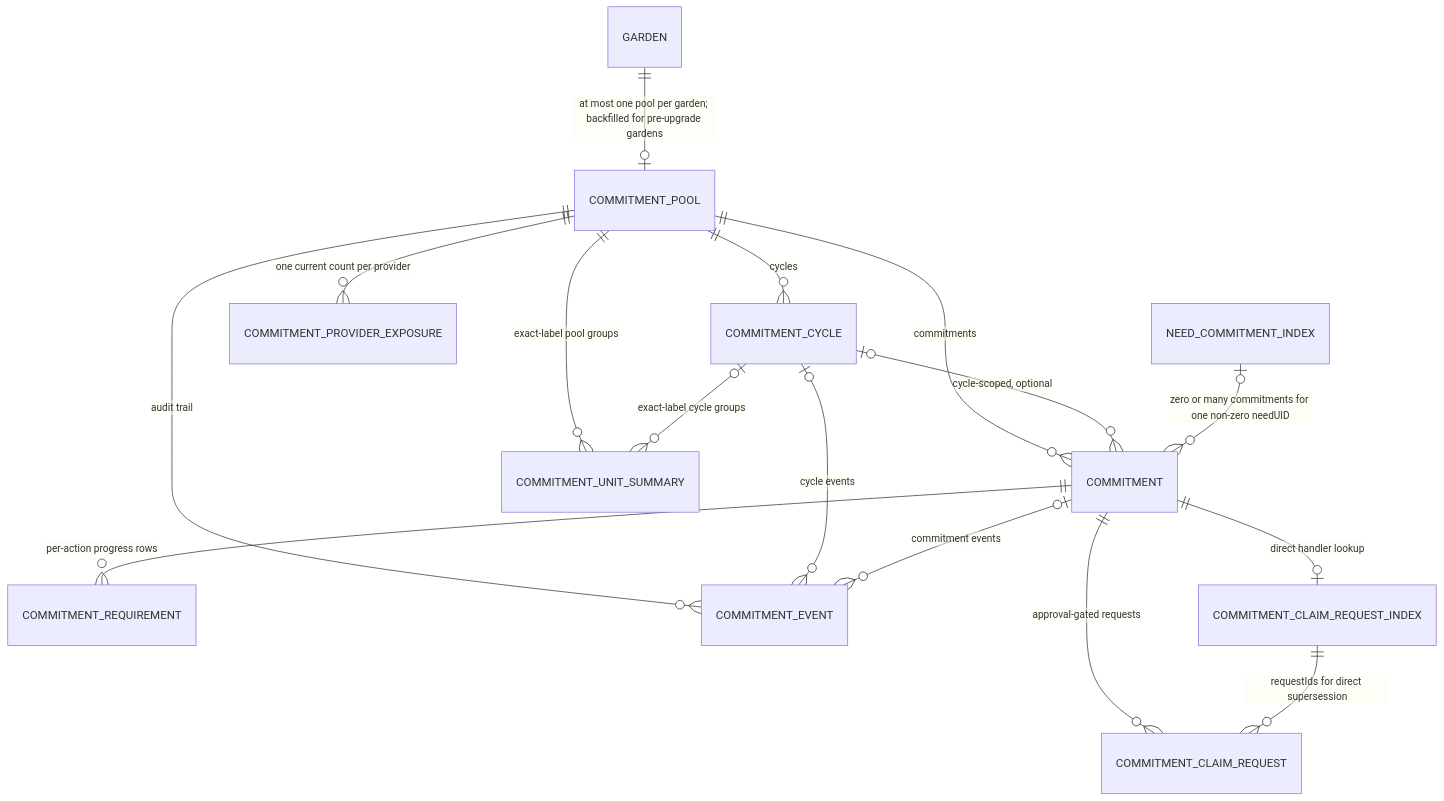
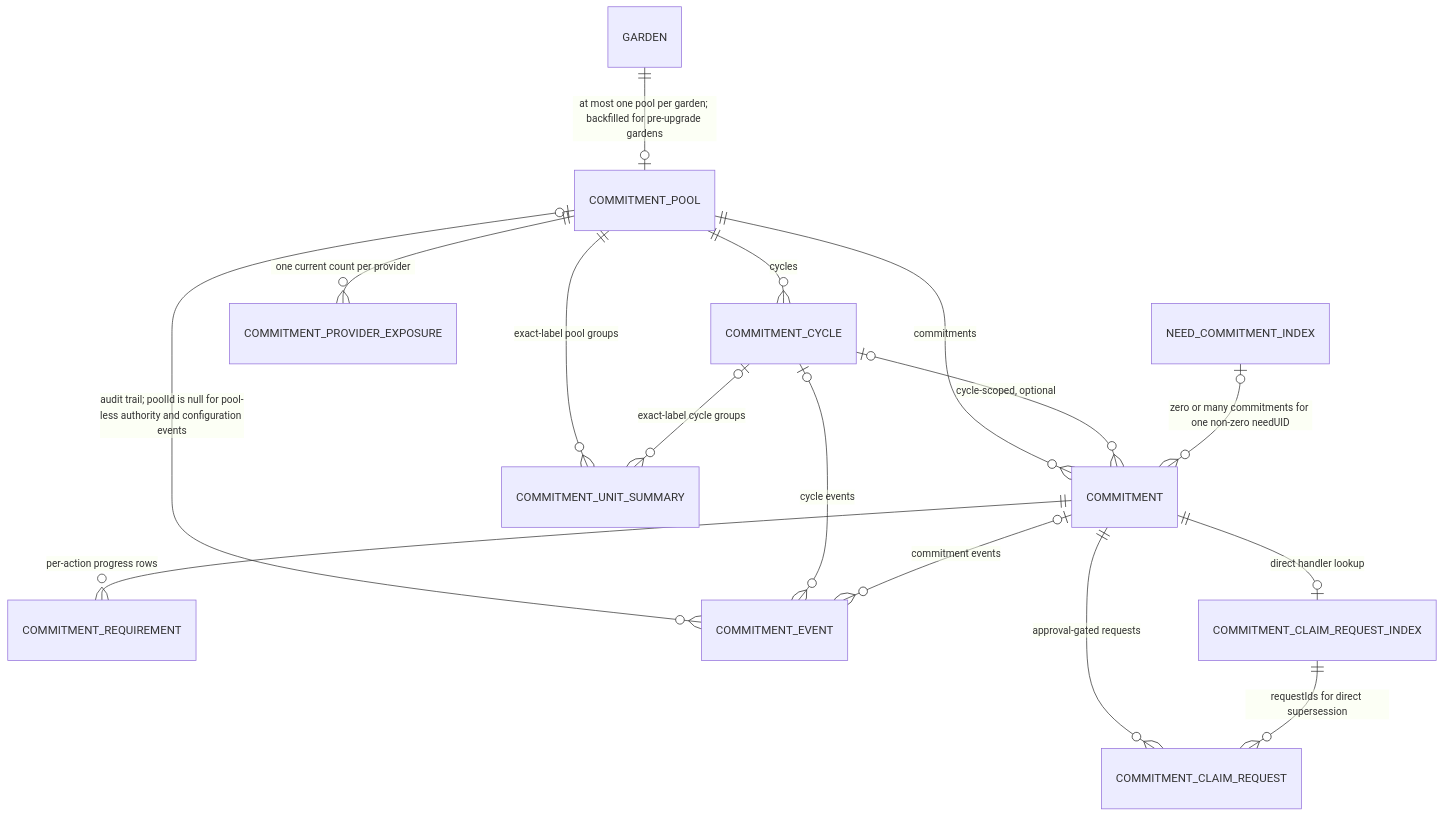
One commit to greenpill-dev-guild/green-goods changed diagram 14 of 32 in .plans/active/commitment-pooling/diagrams.md. Above: the diagram before and after it, drawn with Mermaid. The commit also changed other lines of this file, not shown here.

First line of the commit message:
docs(plans): fix the six PR review findings on the pooling diagrams

````diff
--- a/.plans/active/commitment-pooling/diagrams.md
+++ b/.plans/active/commitment-pooling/diagrams.md
@@ -640,18 +646,18 @@
 ```mermaid
 erDiagram
   GARDEN ||--o| COMMITMENT_POOL : "at most one pool per garden; backfilled for pre-upgrade gardens"
   COMMITMENT_POOL ||--o{ COMMITMENT_CYCLE : "cycles"
   COMMITMENT_POOL ||--o{ COMMITMENT : "commitments"
   COMMITMENT_CYCLE |o--o{ COMMITMENT : "cycle-scoped, optional"
   COMMITMENT ||--o{ COMMITMENT_REQUIREMENT : "per-action progress rows"
-  COMMITMENT_POOL ||--o{ COMMITMENT_EVENT : "audit trail"
+  COMMITMENT_POOL |o--o{ COMMITMENT_EVENT : "audit trail; poolId is null for pool-less authority and configuration events"
   COMMITMENT_CYCLE |o--o{ COMMITMENT_EVENT : "cycle events"
   COMMITMENT |o--o{ COMMITMENT_EVENT : "commitment events"
   COMMITMENT ||--o{ COMMITMENT_CLAIM_REQUEST : "approval-gated requests"
   COMMITMENT ||--o| COMMITMENT_CLAIM_REQUEST_INDEX : "direct handler lookup"
   COMMITMENT_CLAIM_REQUEST_INDEX ||--o{ COMMITMENT_CLAIM_REQUEST : "requestIds for direct supersession"
   COMMITMENT_POOL ||--o{ COMMITMENT_UNIT_SUMMARY : "exact-label pool groups"
   COMMITMENT_CYCLE |o--o{ COMMITMENT_UNIT_SUMMARY : "exact-label cycle groups"
   COMMITMENT_POOL ||--o{ COMMITMENT_PROVIDER_EXPOSURE : "one current count per provider"
   NEED_COMMITMENT_INDEX |o--o{ COMMITMENT : "zero or many commitments for one non-zero needUID"
 ```
````
